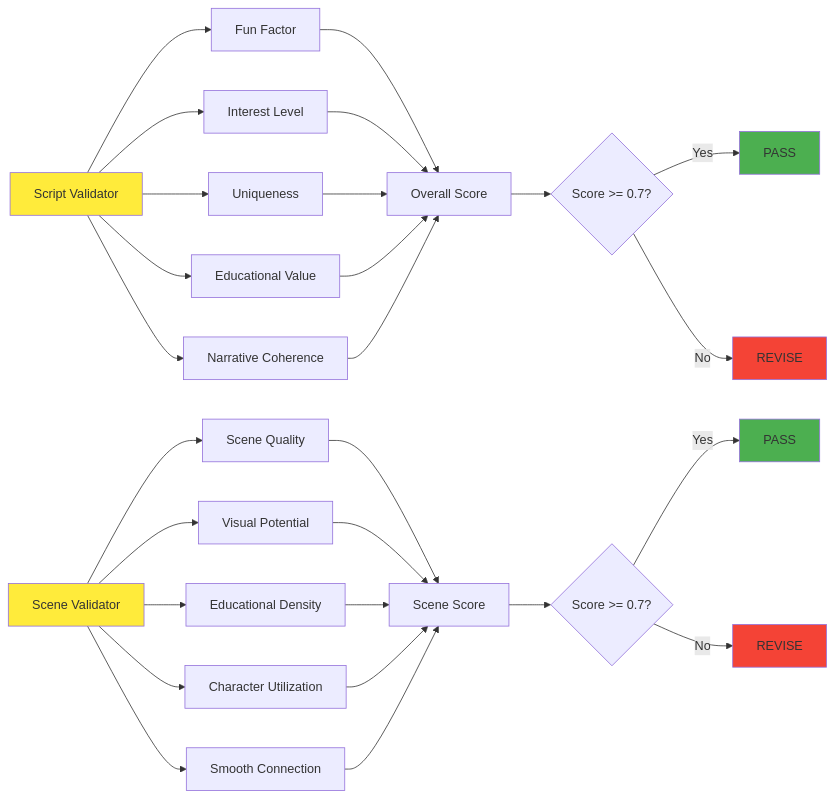
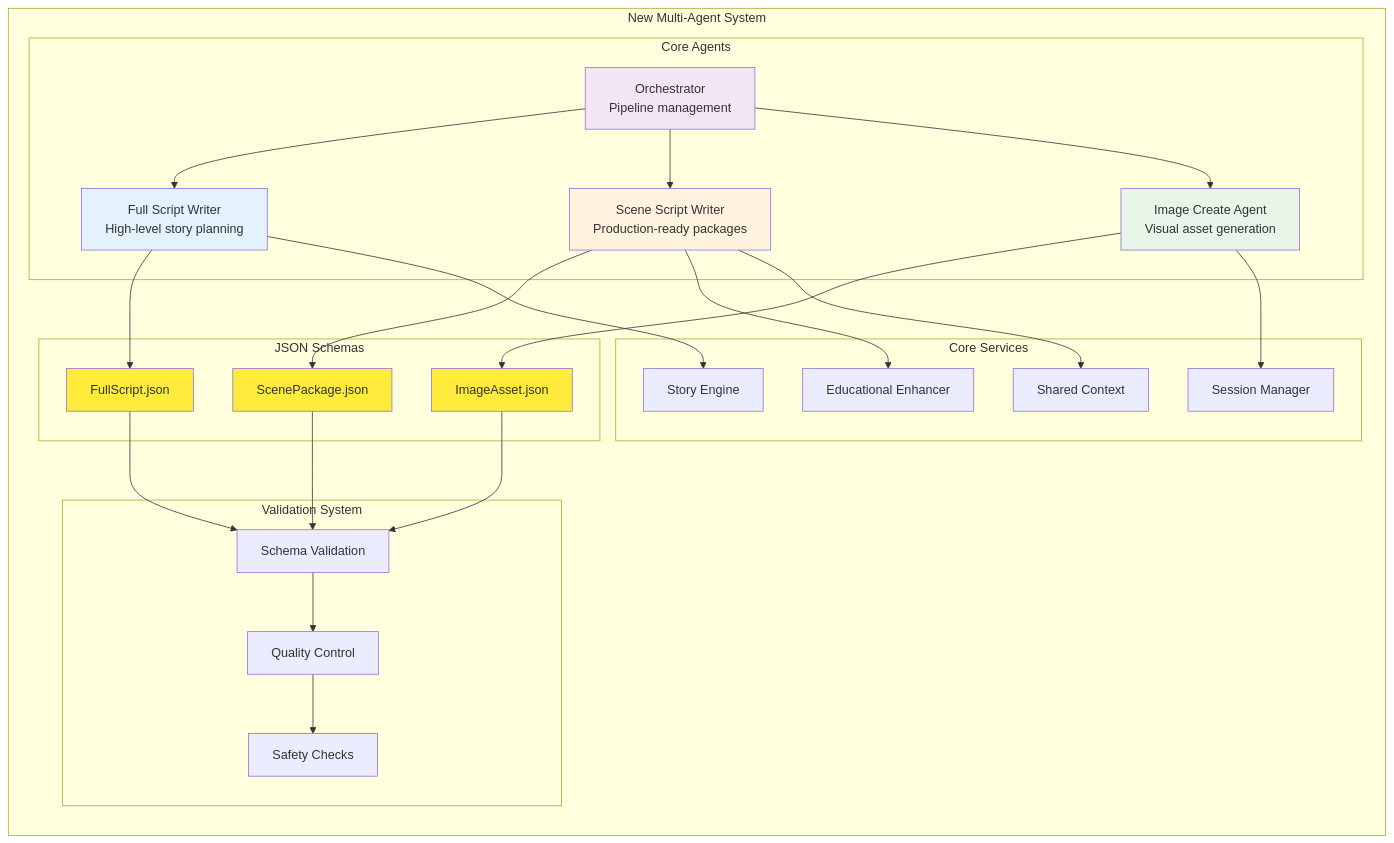
The third of 4 diagrams in docs/architecture-diagram.md (taigi0315/ShortFactory-Agent), drawn with Mermaid before and after one commit. The commit also changed other lines of this file and 17 other files, not shown here.

````diff
--- a/docs/architecture-diagram.md
+++ b/docs/architecture-diagram.md
@@ -76,41 +101,60 @@
 ```mermaid
-graph LR
-    A[Script Validator] --> B[Fun Factor]
-    A --> C[Interest Level]
-    A --> D[Uniqueness]
-    A --> E[Educational Value]
-    A --> F[Narrative Coherence]
+graph TB
+    subgraph "New Multi-Agent System"
+        direction TB
+        
+        subgraph "Core Agents"
+            FSW[Full Script Writer<br/>High-level story planning]
+            SSW[Scene Script Writer<br/>Production-ready packages]
+            ICA[Image Create Agent<br/>Visual asset generation]
+            ORC[Orchestrator<br/>Pipeline management]
+        end
+        
+        subgraph "JSON Schemas"
+            FS[FullScript.json]
+            SP[ScenePackage.json]
+            IA[ImageAsset.json]
+        end
+        
+        subgraph "Validation System"
+            SV[Schema Validation]
+            SF[Safety Checks]
+            QC[Quality Control]
+        end
+        
+        subgraph "Core Services"
+            SM[Session Manager]
+            SC[Shared Context]
+            SE[Story Engine]
+            EE[Educational Enhancer]
+        end
+    end
     
-    G[Scene Validator] --> H[Scene Quality]
-    G --> I[Visual Potential]
-    G --> J[Educational Density]
-    G --> K[Character Utilization]
-    G --> L[Smooth Connection]
+    FSW --> FS
+    SSW --> SP
+    ICA --> IA
     
-    B --> M[Overall Score]
-    C --> M
-    D --> M
-    E --> M
-    F --> M
+    ORC --> FSW
+    ORC --> SSW
+    ORC --> ICA
     
-    H --> N[Scene Score]
-    I --> N
-    J --> N
-    K --> N
-    L --> N
+    FSW --> SE
+    SSW --> EE
+    SSW --> SC
+    ICA --> SM
     
-    M --> O{Score >= 0.7?}
-    N --> P{Score >= 0.7?}
+    FS --> SV
+    SP --> SV
+    IA --> SV
     
-    O -->|Yes| Q[PASS]
-    O -->|No| R[REVISE]
-    P -->|Yes| S[PASS]
-    P -->|No| T[REVISE]
+    SV --> QC
+    QC --> SF
     
-    style A fill:#ffeb3b
-    style G fill:#ffeb3b
-    style Q fill:#4caf50
-    style S fill:#4caf50
-    style R fill:#f44336
-    style T fill:#f44336
+    style FSW fill:#e3f2fd
+    style SSW fill:#fff3e0
+    style ICA fill:#e8f5e8
+    style ORC fill:#f3e5f5
+    style FS fill:#ffeb3b
+    style SP fill:#ffeb3b
+    style IA fill:#ffeb3b
 ```
````
